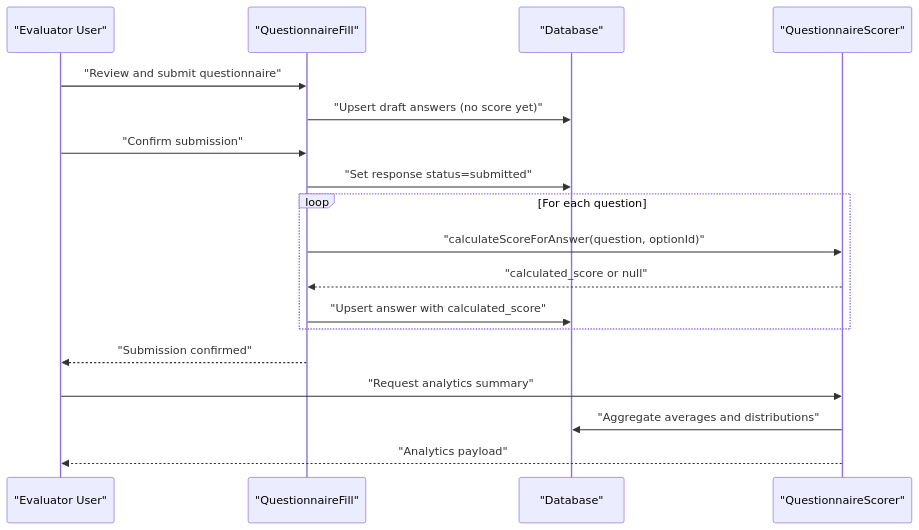
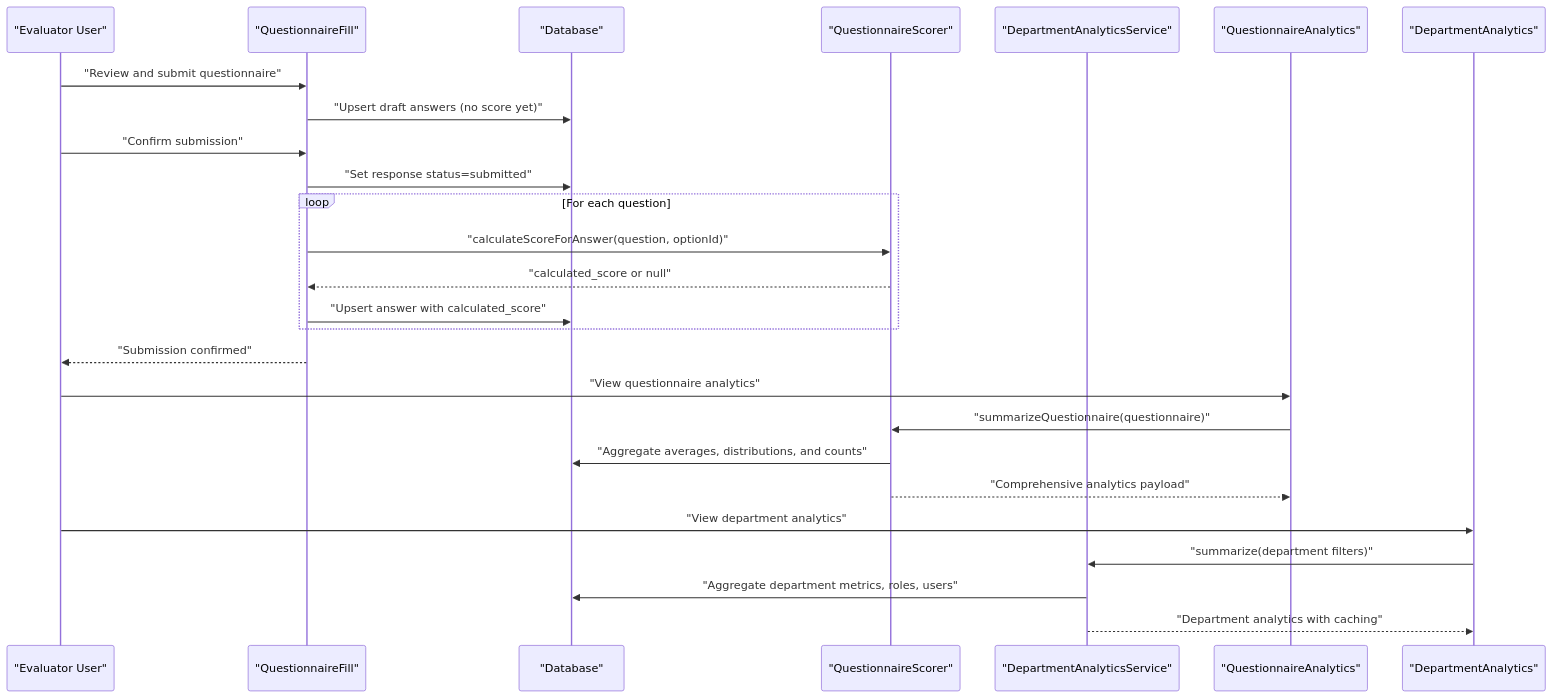
Before and after one commit to rudicatsmile/assesment360: the second of 7 diagrams in .qoder/repowiki/en/content/Core Features/Evaluation Workflows/Scoring Algorithm.md, drawn with Mermaid. The commit also changed other lines of this file and 6 other files, not shown here.

````diff
--- a/.qoder/repowiki/en/content/Core Features/Evaluation Workflows/Scoring Algorithm.md
+++ b/.qoder/repowiki/en/content/Core Features/Evaluation Workflows/Scoring Algorithm.md
@@ -109,20 +161,28 @@
 ```mermaid
 sequenceDiagram
 participant U as "Evaluator User"
 participant WF as "QuestionnaireFill"
 participant DB as "Database"
 participant S as "QuestionnaireScorer"
+participant DAS as "DepartmentAnalyticsService"
+participant QA as "QuestionnaireAnalytics"
+participant DA as "DepartmentAnalytics"
 U->>WF : "Review and submit questionnaire"
 WF->>DB : "Upsert draft answers (no score yet)"
 U->>WF : "Confirm submission"
 WF->>DB : "Set response status=submitted"
 loop For each question
 WF->>S : "calculateScoreForAnswer(question, optionId)"
 S-->>WF : "calculated_score or null"
 WF->>DB : "Upsert answer with calculated_score"
 end
 WF-->>U : "Submission confirmed"
-U->>S : "Request analytics summary"
-S->>DB : "Aggregate averages and distributions"
-S-->>U : "Analytics payload"
+U->>QA : "View questionnaire analytics"
+QA->>S : "summarizeQuestionnaire(questionnaire)"
+S->>DB : "Aggregate averages, distributions, and counts"
+S-->>QA : "Comprehensive analytics payload"
+U->>DA : "View department analytics"
+DA->>DAS : "summarize(department filters)"
+DAS->>DB : "Aggregate department metrics, roles, users"
+DAS-->>DA : "Department analytics with caching"
 ```
````
